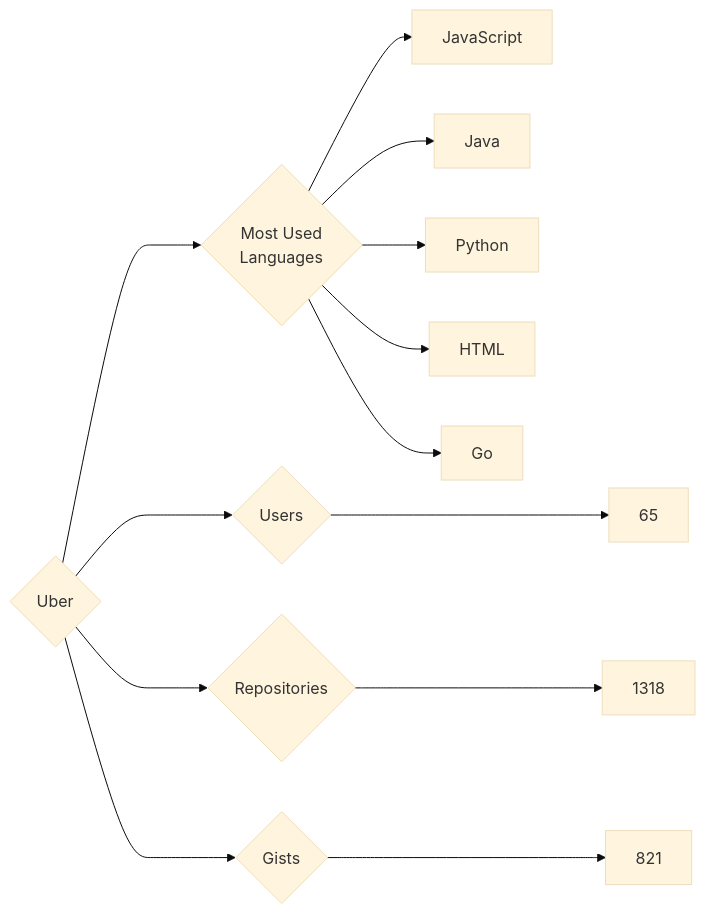
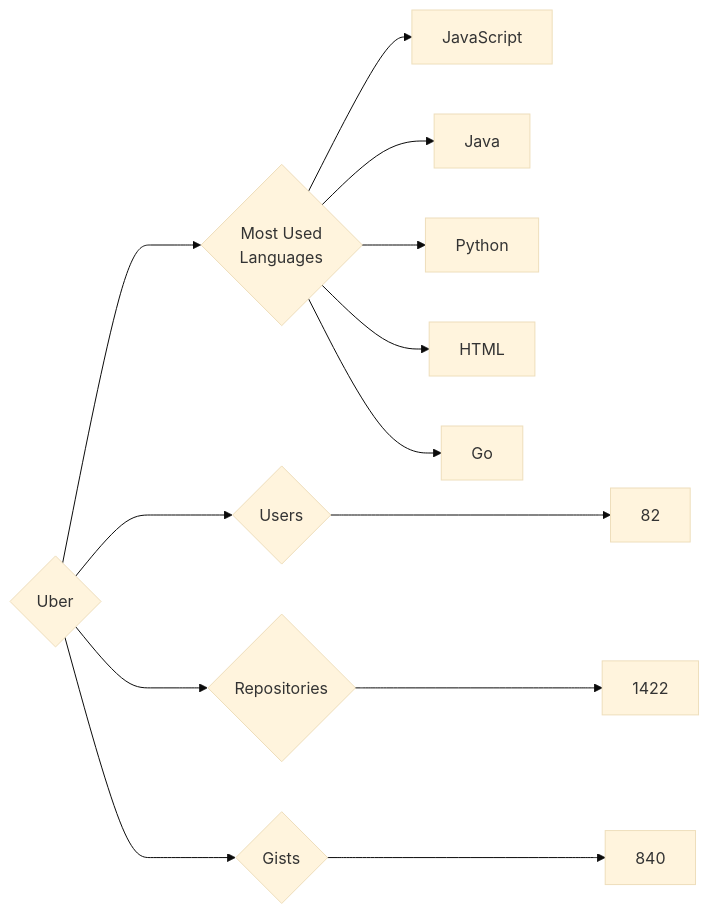
Before and after one commit to trickest/insiders: the diagram in targets/Uber/README.md, drawn with Mermaid (base theme). The commit also changed 972 other files, not shown here.

````diff
--- a/targets/Uber/README.md
+++ b/targets/Uber/README.md
@@ -3,13 +3,13 @@
 ```mermaid
 graph LR
 COMPANY_NAME{Uber}
-COMPANY_NAME ---> U{Users} ---> UN[65]
-COMPANY_NAME ---> R{Repositories} ---> RN[1318]
-COMPANY_NAME ---> G{Gists} ---> GN[821]
+COMPANY_NAME ---> U{Users} ---> UN[82]
+COMPANY_NAME ---> R{Repositories} ---> RN[1422]
+COMPANY_NAME ---> G{Gists} ---> GN[840]
 COMPANY_NAME ---> ML{Most Used<br>Languages}
 ML --> JavaScript[JavaScript]
 ML --> Java[Java]
 ML --> Python[Python]
 ML --> HTML[HTML]
 ML --> Go[Go]
 ```
````
